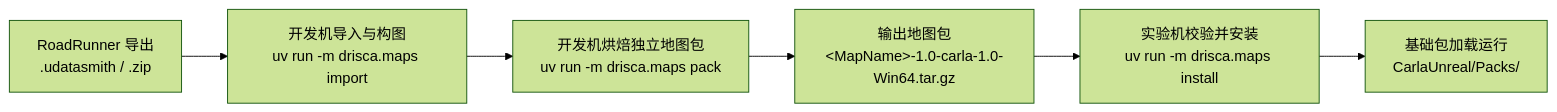
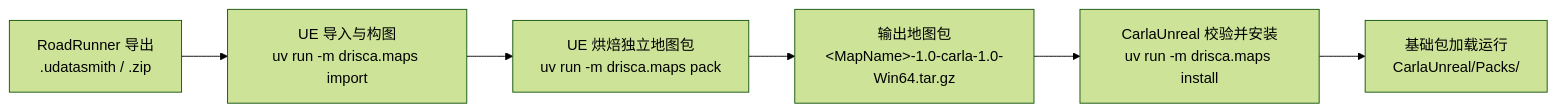
One commit to ZiyuZ/DRISCA changed the diagram in docs/deploy/03-CustomMaps.md. Above: the diagram before and after it, drawn with Mermaid (forest theme). The commit also changed other lines of this file and 32 other files, not shown here.

Commit message:
docs: 统一文档表述、补全最新功能说明并嵌入运行截图

````diff
--- a/docs/deploy/03-CustomMaps.md
+++ b/docs/deploy/03-CustomMaps.md
@@ -9,8 +9,8 @@
 ```mermaid
 flowchart LR
-    A["RoadRunner 导出<br/>.udatasmith / .zip"] --> B["开发机导入与构图<br/>uv run -m drisca.maps import"]
-    B --> C["开发机烘焙独立地图包<br/>uv run -m drisca.maps pack"]
+    A["RoadRunner 导出<br/>.udatasmith / .zip"] --> B["UE 导入与构图<br/>uv run -m drisca.maps import"]
+    B --> C["UE 烘焙独立地图包<br/>uv run -m drisca.maps pack"]
     C --> D["输出地图包<br/>&lt;MapName&gt;-1.0-carla-1.0-Win64.tar.gz"]
-    D --> E["实验机校验并安装<br/>uv run -m drisca.maps install"]
+    D --> E["CarlaUnreal 校验并安装<br/>uv run -m drisca.maps install"]
     E --> F["基础包加载运行<br/>CarlaUnreal/Packs/"]
 ```
````
